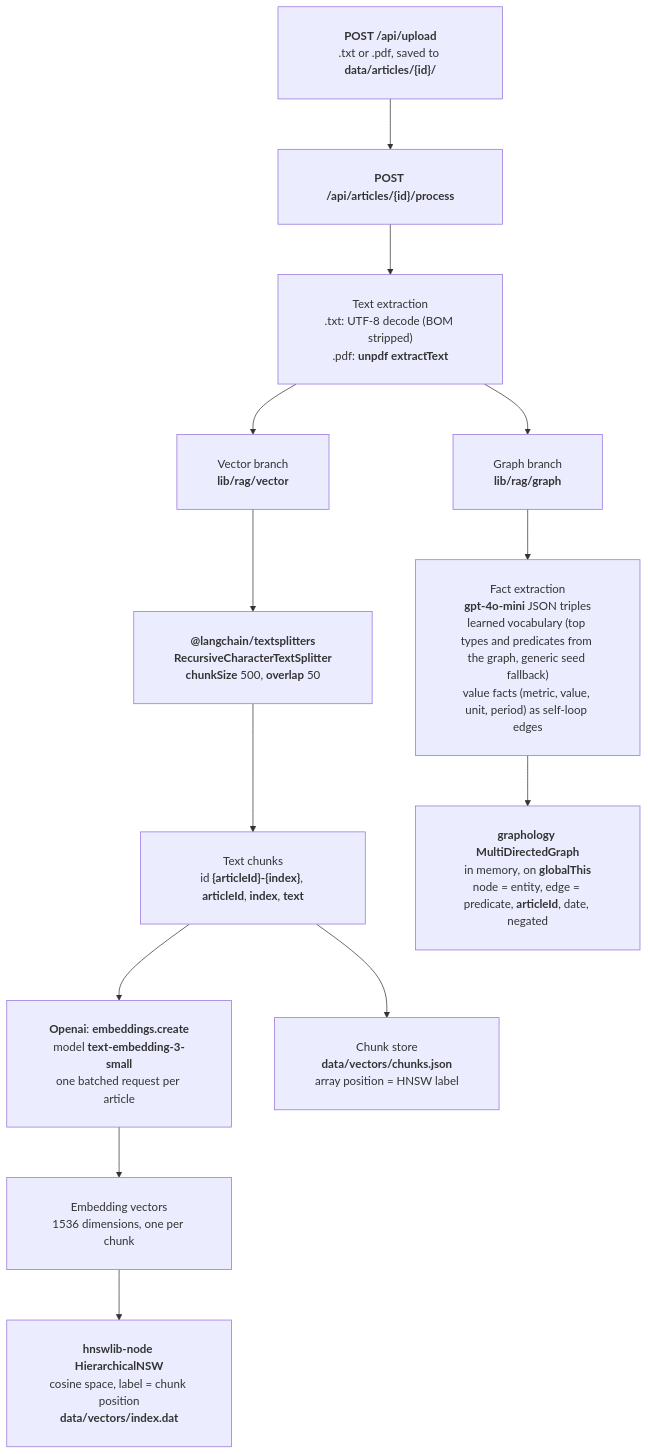
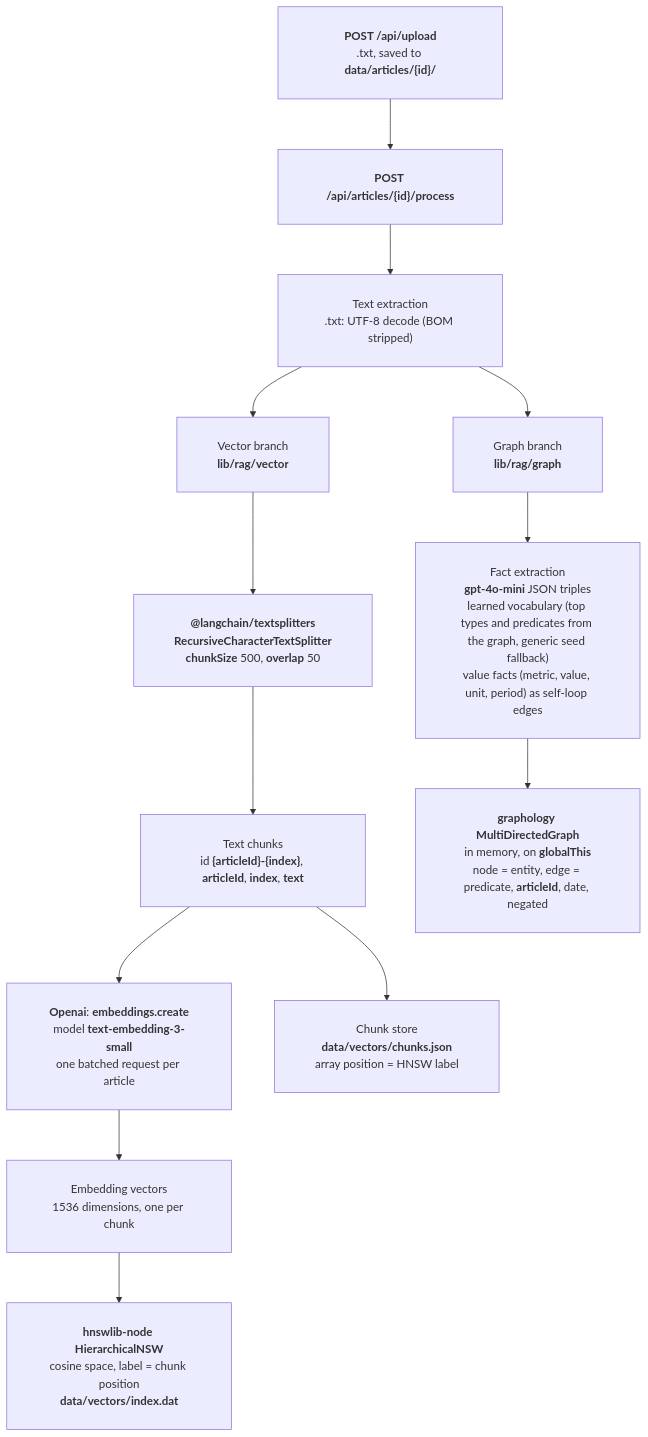
One commit to NickRumenov1/next-insights-rag changed the first of 2 diagrams in Architecture.md. Above: the diagram before and after it, drawn with Mermaid. The commit also changed 9 other files, not shown here.

````diff
--- a/Architecture.md
+++ b/Architecture.md
@@ -21,18 +21,18 @@
 ```mermaid
 %%{init: {"themeVariables": {"fontSize": "26"}, "flowchart": {"padding": 28, "nodeSpacing": 60, "rankSpacing": 70}}}%%
 flowchart TD
-    Upload["<b>POST /api/upload</b><br/>.txt or .pdf, saved to <b>data/articles/{id}/</b>"] --> Process["<b>POST /api/articles/{id}/process</b>"]
-    Process --> Extract["Text extraction<br/>.txt: UTF-8 decode (BOM stripped)<br/>.pdf: <b>unpdf</b> <b>extractText</b>"]
+    Upload["<b>POST /api/upload</b><br/>.txt, saved to <b>data/articles/{id}/</b>"] --> Process["<b>POST /api/articles/{id}/process</b>"]
+    Process --> Extract["Text extraction<br/>.txt: UTF-8 decode (BOM stripped)"]
     Extract --> VectorBranch["Vector branch<br/><b>lib/rag/vector</b>"]
     Extract --> GraphBranch["Graph branch<br/><b>lib/rag/graph</b>"]
 
     VectorBranch --> Splitter["<b>@langchain/textsplitters</b><br/><b>RecursiveCharacterTextSplitter</b><br/><b>chunkSize</b> 500, <b>overlap</b> 50"]
     Splitter --> Chunks["Text chunks<br/>id <b>{articleId}-{index}</b>, <b>articleId</b>, <b>index</b>, <b>text</b>"]
     Chunks --> Embedder["<b>Openai</b>: <b>embeddings.create</b><br/>model <b>text-embedding-3-small</b><br/>one batched request per article"]
     Embedder --> Vectors["Embedding vectors<br/>1536 dimensions, one per chunk"]
     Vectors --> HnswIndex["<b>hnswlib-node</b> <b>HierarchicalNSW</b><br/>cosine space, label = chunk position<br/><b>data/vectors/index.dat</b>"]
     Chunks --> ChunksFile["Chunk store<br/><b>data/vectors/chunks.json</b><br/>array position = HNSW label"]
 
     GraphBranch --> Facts["Fact extraction<br/><b>gpt-4o-mini</b> JSON triples<br/>learned vocabulary (top types and predicates from the graph, generic seed fallback)<br/>value facts (metric, value, unit, period) as self-loop edges"]
     Facts --> GraphStore["<b>graphology</b> <b>MultiDirectedGraph</b><br/>in memory, on <b>globalThis</b><br/>node = entity, edge = predicate, <b>articleId</b>, date, negated"]
 ```
````
